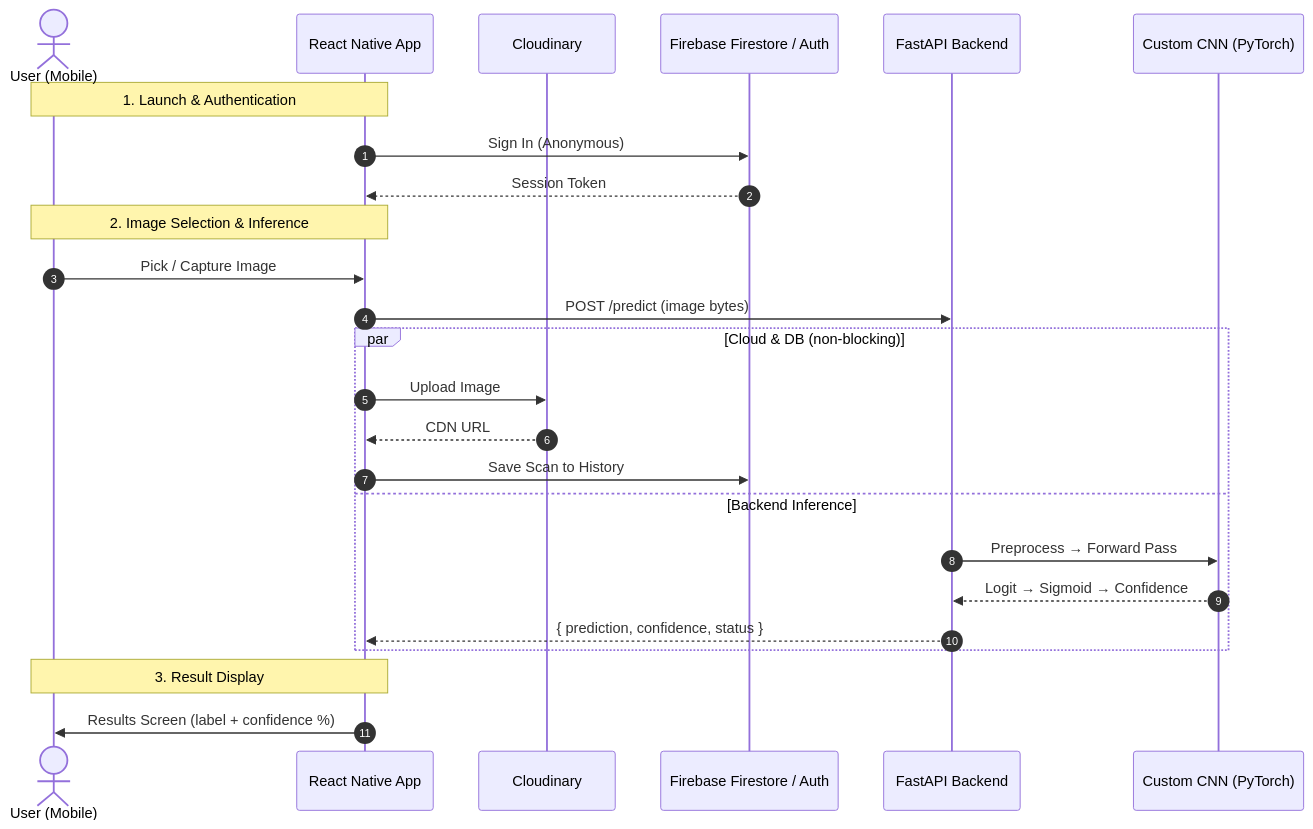
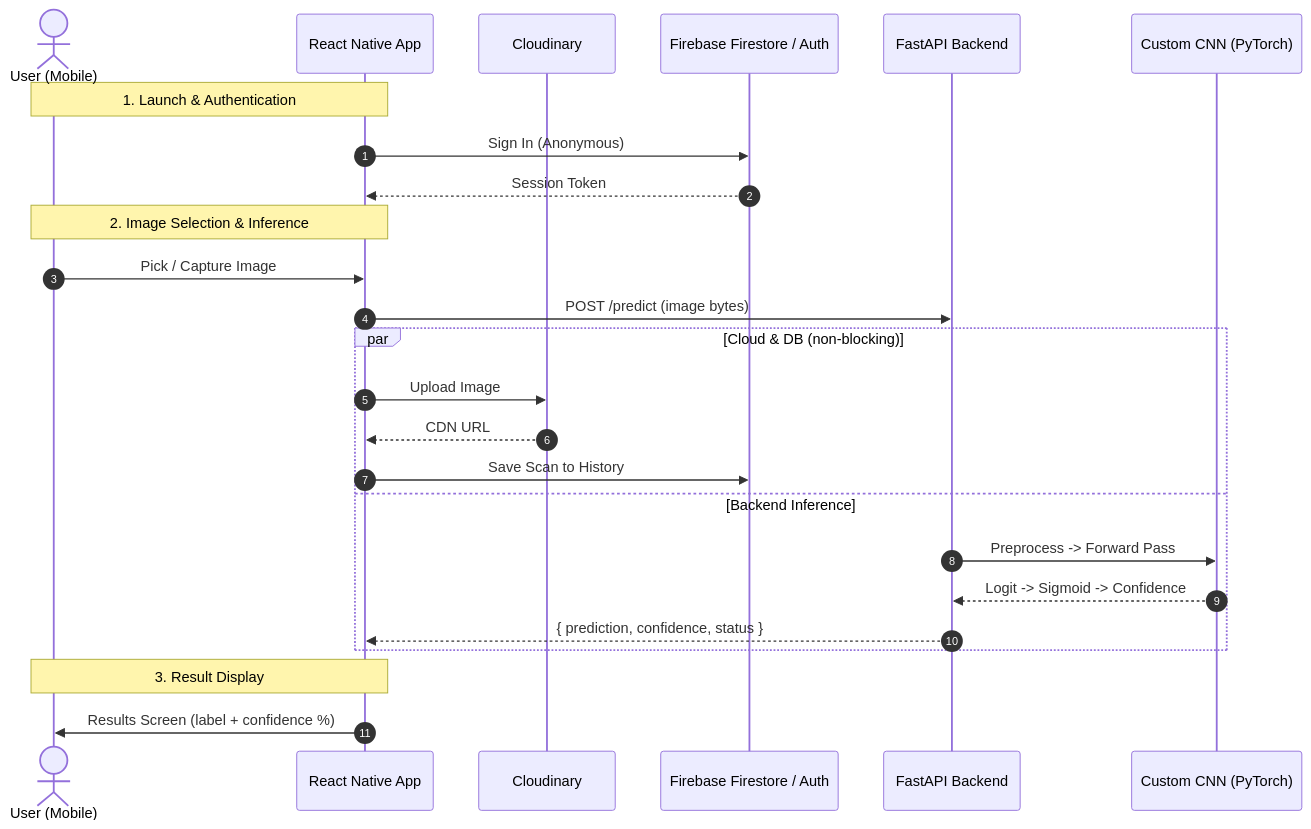
The diagram in README.md (usmaanaly88/Deep-Detect), drawn with Mermaid before and after one commit. The commit also changed other lines of this file and 2 other files, not shown here.

````diff
--- a/README.md
+++ b/README.md
@@ -66,31 +66,31 @@
 ```mermaid
 sequenceDiagram
     autonumber
     actor User as User (Mobile)
     participant App as React Native App
     participant Cloud as Cloudinary
     participant Firebase as Firebase Firestore / Auth
     participant API as FastAPI Backend
     participant Model as Custom CNN (PyTorch)
 
     Note over User, App: 1. Launch & Authentication
     App->>Firebase: Sign In (Anonymous)
     Firebase-->>App: Session Token
 
     Note over User, App: 2. Image Selection & Inference
     User->>App: Pick / Capture Image
     App->>API: POST /predict (image bytes)
 
     par Cloud & DB (non-blocking)
         App->>Cloud: Upload Image
         Cloud-->>App: CDN URL
         App->>Firebase: Save Scan to History
     and Backend Inference
-        API->>Model: Preprocess → Forward Pass
-        Model-->>API: Logit → Sigmoid → Confidence
+        API->>Model: Preprocess -> Forward Pass
+        Model-->>API: Logit -> Sigmoid -> Confidence
         API-->>App: { prediction, confidence, status }
     end
 
     Note over App, User: 3. Result Display
     App->>User: Results Screen (label + confidence %)
 ```
````
